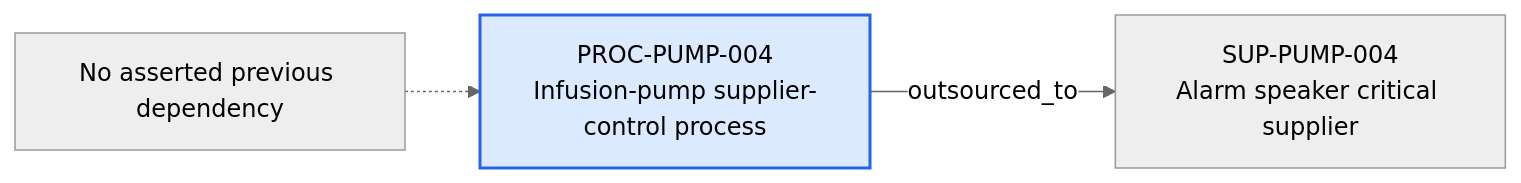
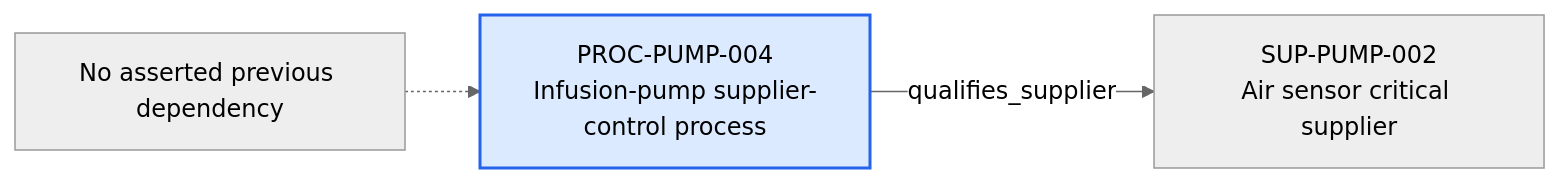
The diagram in content/06-Infpump FlowGuard ontology notes/qms-process/PROC-PUMP-004-infusion-pump-supplier-control-process.md (mvattulainen/mdrontology), drawn with Mermaid (neutral theme) before and after one commit. The commit also changed other lines of this file and 321 other files, not shown here.

Commit message:
Implement Mermaid ontology audit findings

````diff
--- a/content/06-Infpump FlowGuard ontology notes/qms-process/PROC-PUMP-004-infusion-pump-supplier-control-process.md
+++ b/content/06-Infpump FlowGuard ontology notes/qms-process/PROC-PUMP-004-infusion-pump-supplier-control-process.md
@@ -75,10 +77,10 @@
 ```mermaid
 flowchart LR
   CURRENT["PROC-PUMP-004<br/>Infusion-pump supplier-control process"]
   PREV_NONE["No asserted previous dependency"]
   PREV_NONE -.-> CURRENT
-  NEXT0["SUP-PUMP-004<br/>Alarm speaker critical supplier"]
-  CURRENT -->|"outsourced_to"| NEXT0
+  NEXT0["SUP-PUMP-002<br/>Air sensor critical supplier"]
+  CURRENT -->|"qualifies_supplier"| NEXT0
   classDef current fill:#dbeafe,stroke:#2563eb,stroke-width:2px
   class CURRENT current
 ```
````
